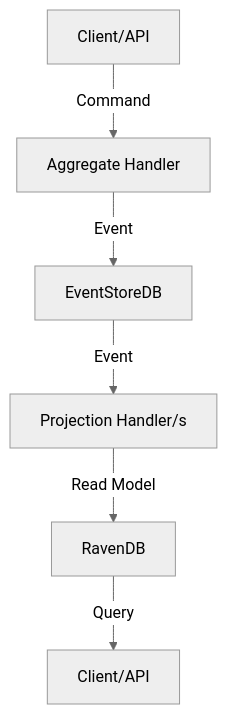
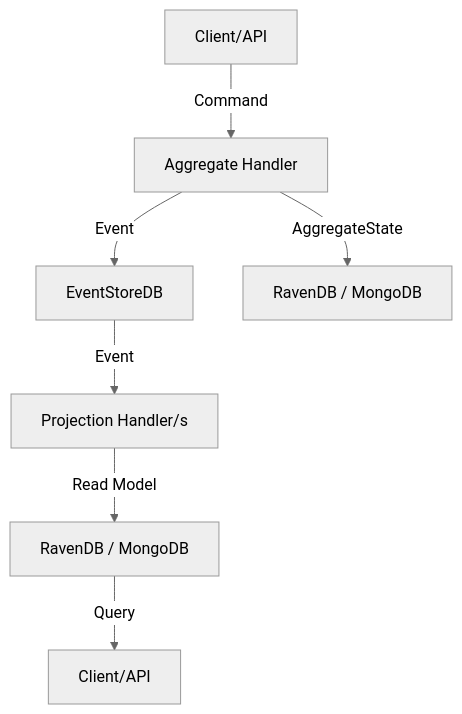
One commit to si-informational-systems/Rosetta changed the diagram in README.md. Above: the diagram before and after it, drawn with Mermaid (neutral theme). The commit also changed other lines of this file and 54 other files, not shown here.

````diff
--- a/README.md
+++ b/README.md
@@ -78,8 +86,9 @@
 ```mermaid
 graph TD
     A[Client/API] -->|Command| B[Aggregate Handler]
     B -->|Event| C[EventStoreDB]
+    B -->|AggregateState| G[RavenDB / MongoDB]
     C -->|Event| D[Projection Handler/s]
-    D -->|Read Model| E[RavenDB]
+    D -->|Read Model| E[RavenDB / MongoDB]
     E -->|Query| F[Client/API]
 ```
````
